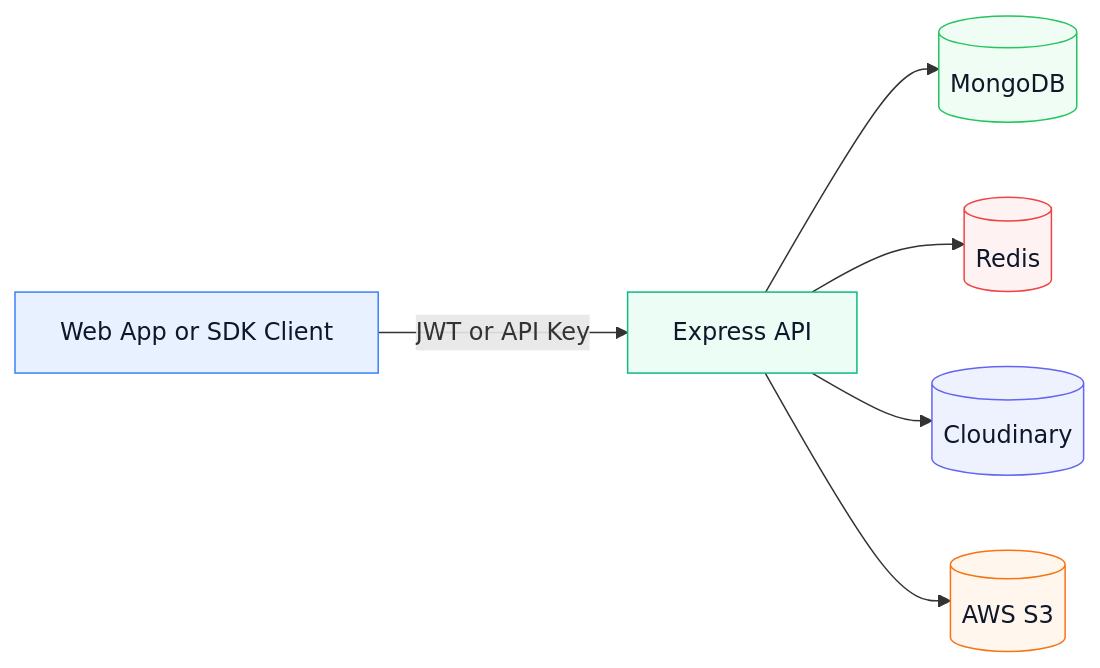
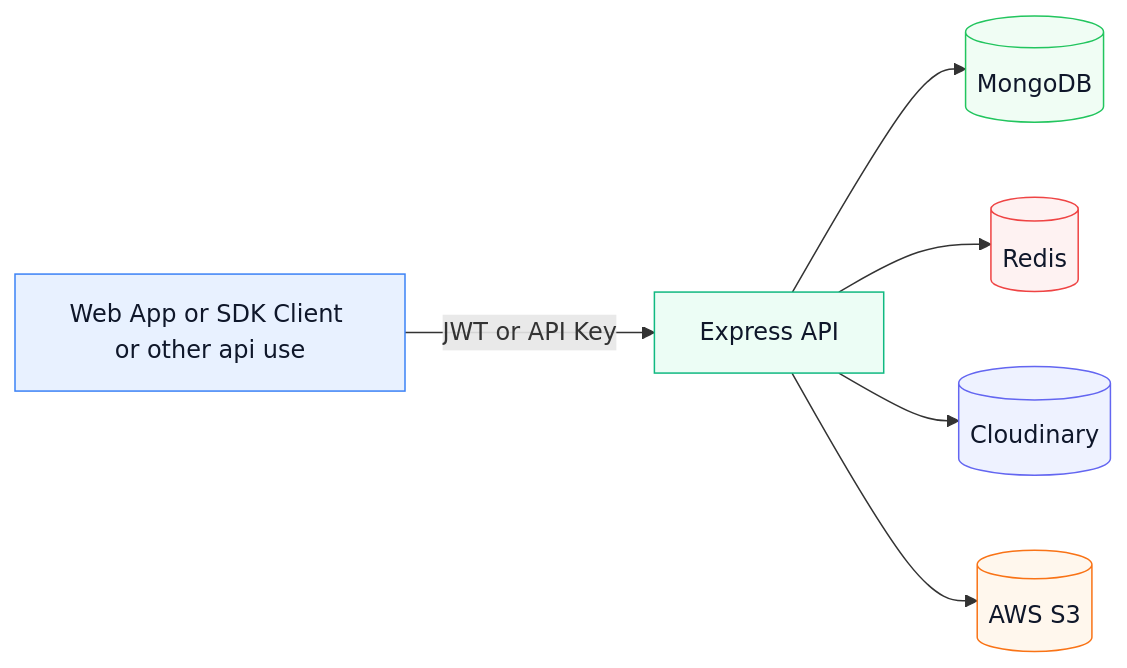
One commit to AtulYadavCodes/imageflow changed the first of 2 diagrams in README.md. Above: the diagram before and after it, drawn with Mermaid. The commit also changed 1 other file, not shown here.

Commit message:
fix: update README and .env.example for clarity on API usage and AWS configuration

````diff
--- a/README.md
+++ b/README.md
@@ -34,15 +34,15 @@
 ```mermaid
 flowchart LR
-  U[Web App or SDK Client] -->|JWT or API Key| A[Express API]
+  U[Web App or SDK Client or other api use] -->|JWT or API Key| A[Express API]
   A --> DB[(MongoDB)]
   A --> R[(Redis)]
   A --> C[(Cloudinary)]
   A --> S[(AWS S3)]
 
   style U fill:#E8F1FF,stroke:#3B82F6,color:#0F172A
   style A fill:#ECFDF5,stroke:#10B981,color:#0F172A
   style DB fill:#F0FDF4,stroke:#22C55E,color:#0F172A
   style R fill:#FEF2F2,stroke:#EF4444,color:#0F172A
   style C fill:#EEF2FF,stroke:#6366F1,color:#0F172A
   style S fill:#FFF7ED,stroke:#F97316,color:#0F172A
 ```
````
